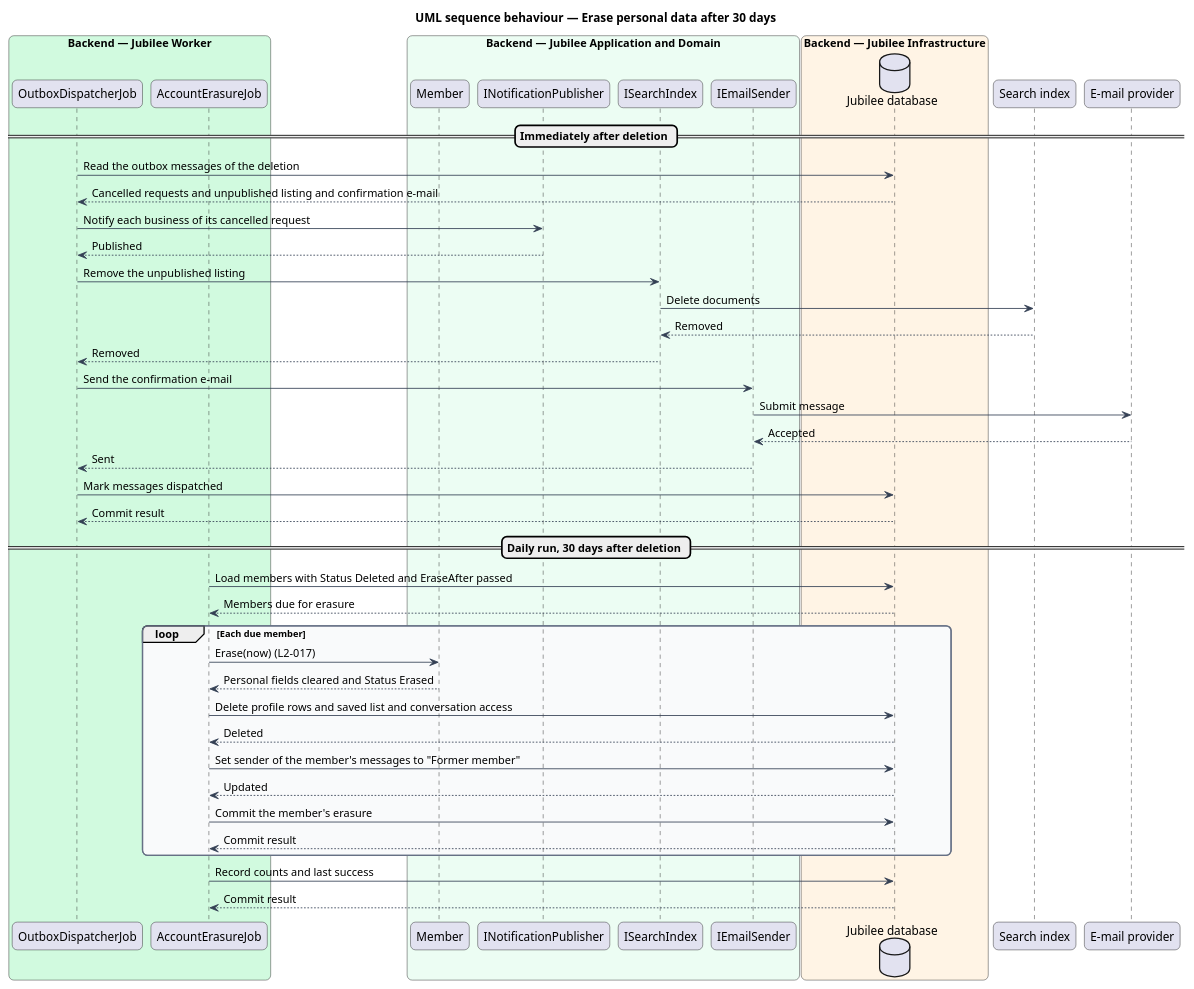
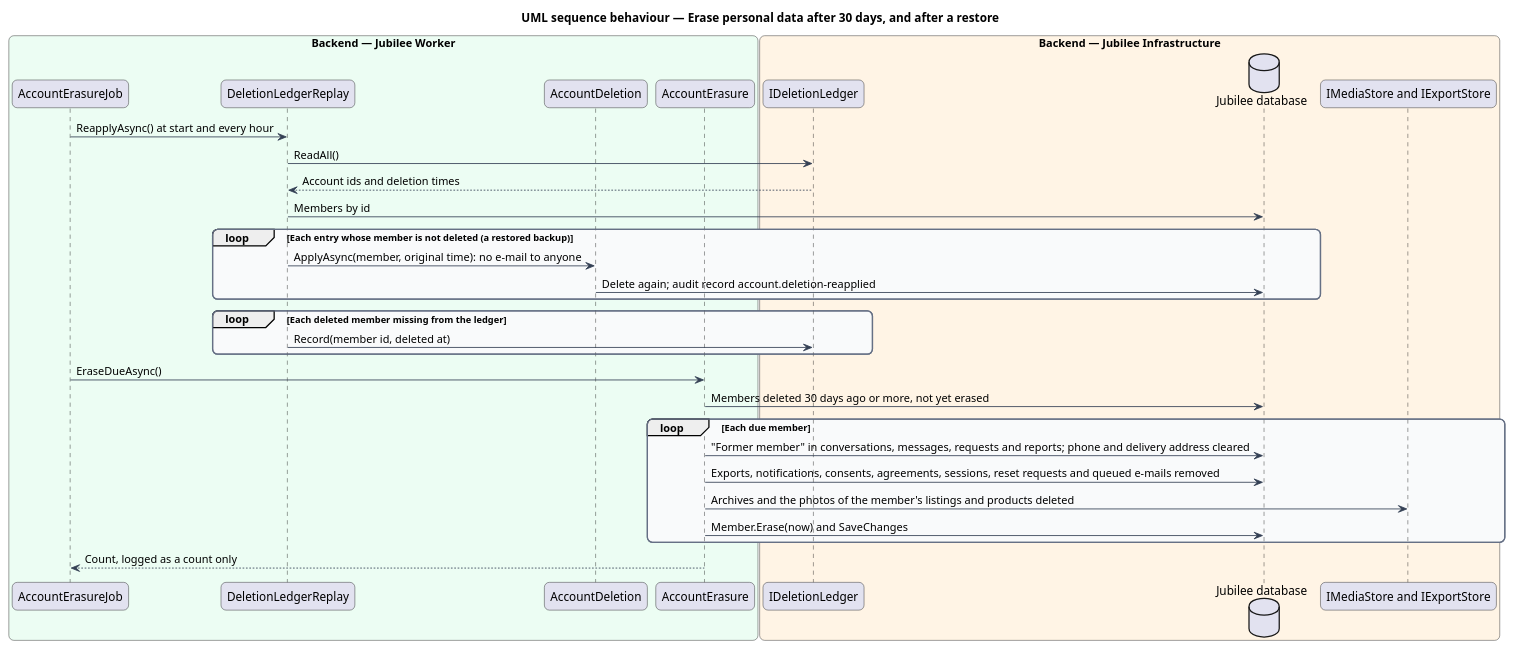
The diagram in docs/detailed-designs/accounts/delete-account/diagrams/sequence-erase-personal-data.puml (QuinntyneBrown/jubilee), drawn with PlantUML before and after one commit. The commit also changed 51 other files, not shown here.

First line of the commit message:
Journey 26: requirements, ADR 0069, designs and mocks for download data and delete account

```diff
--- a/docs/detailed-designs/accounts/delete-account/diagrams/sequence-erase-personal-data.puml
+++ b/docs/detailed-designs/accounts/delete-account/diagrams/sequence-erase-personal-data.puml
@@ -1,64 +1,49 @@
 @startuml
-title UML sequence behaviour — Erase personal data after 30 days
+title UML sequence behaviour — Erase personal data after 30 days, and after a restore
 skinparam backgroundColor #FFFFFF
 skinparam shadowing false
 skinparam roundcorner 12
 skinparam defaultFontName Arial
 skinparam ArrowColor #344054
 skinparam rectangle {
   BorderColor #344054
   FontColor #101828
 }
 skinparam package {
   BorderColor #667085
   FontColor #101828
   BackgroundColor #F9FAFB
 }
 
-
-box "Backend — Jubilee Worker" #D1FADF
-  participant "OutboxDispatcherJob" as outbox
+box "Backend — Jubilee Worker" #ECFDF3
   participant "AccountErasureJob" as job
-end box
-box "Backend — Jubilee Application and Domain" #ECFDF3
-  participant "Member" as entity
-  participant "INotificationPublisher" as notifier
-  participant "ISearchIndex" as index
-  participant "IEmailSender" as sender
+  participant "DeletionLedgerReplay" as replay
+  participant "AccountDeletion" as deletion
+  participant "AccountErasure" as erasure
 end box
 box "Backend — Jubilee Infrastructure" #FFF4E5
+  participant "IDeletionLedger" as ledger
   database "Jubilee database" as db
+  participant "IMediaStore and IExportStore" as stores
 end box
-participant "Search index" as search
-participant "E-mail provider" as email
-== Immediately after deletion ==
-outbox -> db : Read the outbox messages of the deletion
-db --> outbox : Cancelled requests and unpublished listing and confirmation e-mail
-outbox -> notifier : Notify each business of its cancelled request
-notifier --> outbox : Published
-outbox -> index : Remove the unpublished listing
-index -> search : Delete documents
-search --> index : Removed
-index --> outbox : Removed
-outbox -> sender : Send the confirmation e-mail
-sender -> email : Submit message
-email --> sender : Accepted
-sender --> outbox : Sent
-outbox -> db : Mark messages dispatched
-db --> outbox : Commit result
-== Daily run, 30 days after deletion ==
-job -> db : Load members with Status Deleted and EraseAfter passed
-db --> job : Members due for erasure
+job -> replay : ReapplyAsync() at start and every hour
+replay -> ledger : ReadAll()
+ledger --> replay : Account ids and deletion times
+replay -> db : Members by id
+loop Each entry whose member is not deleted (a restored backup)
+  replay -> deletion : ApplyAsync(member, original time): no e-mail to anyone
+  deletion -> db : Delete again; audit record account.deletion-reapplied
+end
+loop Each deleted member missing from the ledger
+  replay -> ledger : Record(member id, deleted at)
+end
+job -> erasure : EraseDueAsync()
+erasure -> db : Members deleted 30 days ago or more, not yet erased
 loop Each due member
-  job -> entity : Erase(now) (L2-017)
-  entity --> job : Personal fields cleared and Status Erased
-  job -> db : Delete profile rows and saved list and conversation access
-  db --> job : Deleted
-  job -> db : Set sender of the member's messages to "Former member"
-  db --> job : Updated
-  job -> db : Commit the member's erasure
-  db --> job : Commit result
+  erasure -> db : "Former member" in conversations, messages, requests and reports; phone and delivery address cleared
+  erasure -> db : Exports, notifications, consents, agreements, sessions, reset requests and queued e-mails removed
+  erasure -> stores : Archives and the photos of the member's listings and products deleted
+  erasure -> db : Member.Erase(now) and SaveChanges
 end
-job -> db : Record counts and last success
-db --> job : Commit result
+erasure --> job : Count, logged as a count only
 @enduml
```
